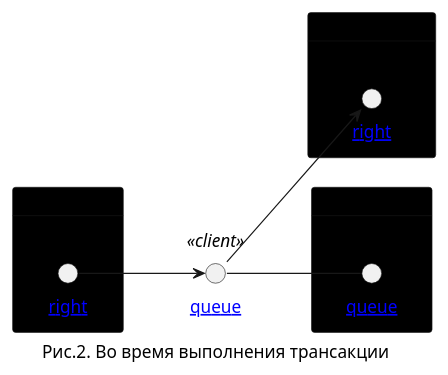
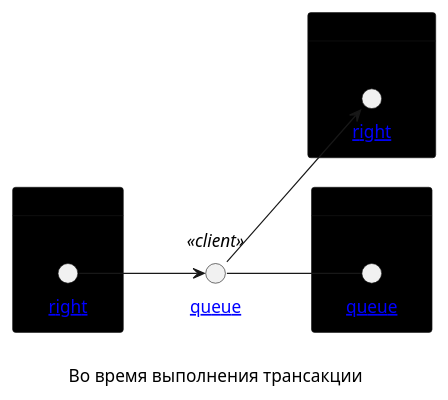
The diagram in diagrams/queue-example/transaction-ongoing.puml (pavetok/pavetok.github.io), drawn with PlantUML before and after one commit. The commit also changed 10 other files, not shown here.

```diff
--- a/diagrams/queue-example/transaction-ongoing.puml
+++ b/diagrams/queue-example/transaction-ongoing.puml
@@ -1,28 +1,28 @@
 @startuml
 left to right direction
 
 skinparam card {
     BorderThickness 0.5
     BackgroundColor 0
 }
 
 card Alice {
     circle "[[/work/transaction-types/queue-example/diagrams/right-send/{right} right]]" as right1 <<send>>
 }
 
 circle "[[/work/transaction-types/queue-example/diagrams/queue-client/{queue} queue]]" as queue1 <<client>>
 
 card Bob {
     circle "[[/work/transaction-types/queue-example/diagrams/right-receive/{right} right]]" as right2 <<receive>>
 }
 
 card Carol {
     circle "[[/work/transaction-types/queue-example/diagrams/queue-server/{queue} queue]]" as queue2 <<server>>
 }
 
 queue1 -- queue2
 right1 --> queue1
 queue1 --> right2
 
-caption Рис.2. Во время выполнения трансакции
+caption \nВо время выполнения трансакции
 @enduml
```
